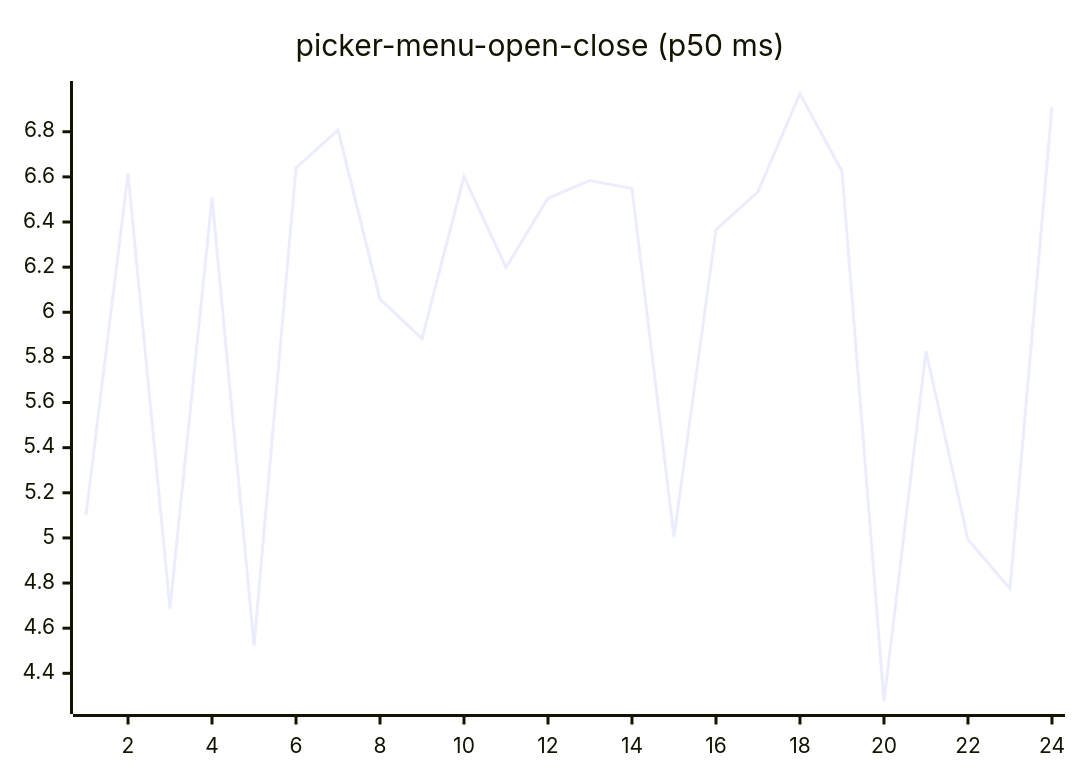
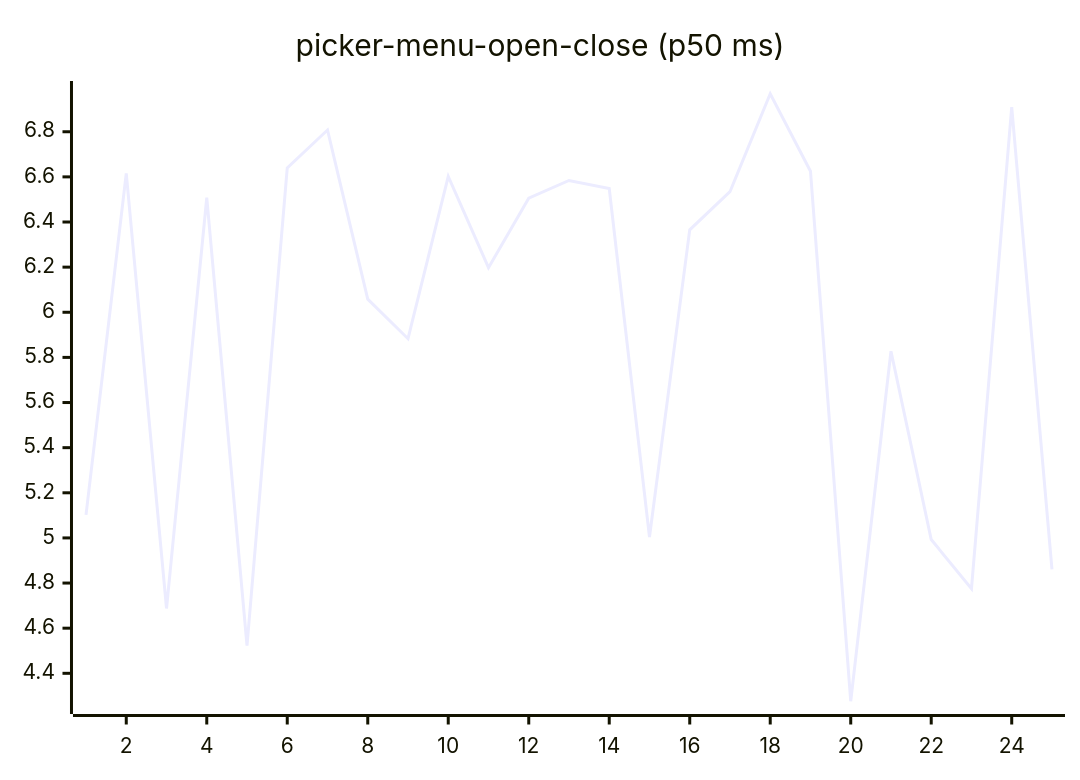
One commit to josha/Facet changed diagram 16 of 27 in README.md. Above: the diagram before and after it, drawn with Mermaid. The commit also changed other lines of this file and 2 other files, not shown here.

````diff
--- a/README.md
+++ b/README.md
@@ -168,6 +168,6 @@
 ```mermaid
 xychart-beta
     title "picker-menu-open-close (p50 ms)"
-    x-axis 1 --> 24
-    line [5.1020, 6.6154, 4.6873, 6.5076, 4.5232, 6.6400, 6.8077, 6.0581, 5.8829, 6.6018, 6.1978, 6.5053, 6.5840, 6.5483, 5.0039, 6.3653, 6.5343, 6.9684, 6.6249, 4.2762, 5.8275, 4.9929, 4.7749, 6.9094]
+    x-axis 1 --> 25
+    line [5.1020, 6.6154, 4.6873, 6.5076, 4.5232, 6.6400, 6.8077, 6.0581, 5.8829, 6.6018, 6.1978, 6.5053, 6.5840, 6.5483, 5.0039, 6.3653, 6.5343, 6.9684, 6.6249, 4.2762, 5.8275, 4.9929, 4.7749, 6.9094, 4.8605]
 ```
````
